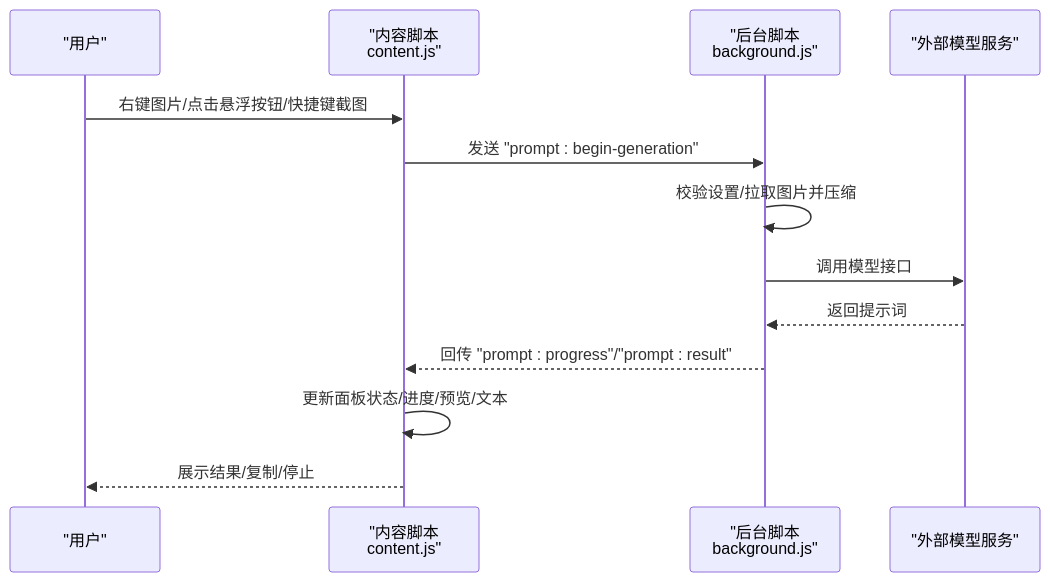
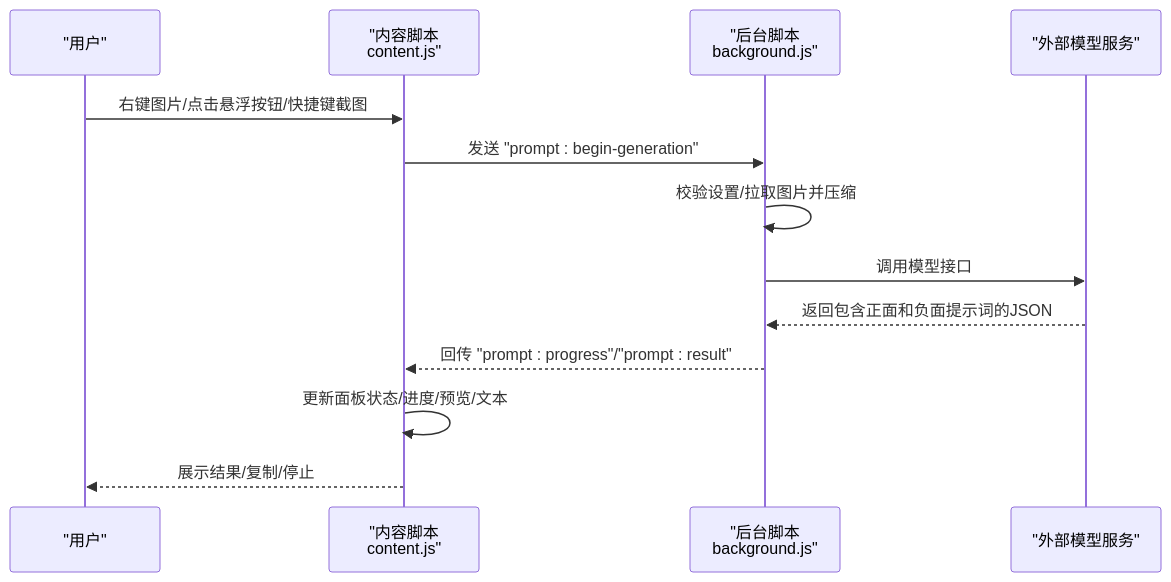
One commit to binasi/Img2Prompt changed the second of 6 diagrams in .qoder/repowiki/zh/content/技术架构/核心模块分析/内容脚本模块 (content.js).md. Above: the diagram before and after it, drawn with Mermaid. The commit also changed other lines of this file and 8 other files, not shown here.

````diff
--- a/.qoder/repowiki/zh/content/技术架构/核心模块分析/内容脚本模块 (content.js).md
+++ b/.qoder/repowiki/zh/content/技术架构/核心模块分析/内容脚本模块 (content.js).md
@@ -107,15 +120,15 @@
 ```mermaid
 sequenceDiagram
 participant User as "用户"
 participant CS as "内容脚本<br/>content.js"
 participant BG as "后台脚本<br/>background.js"
 participant API as "外部模型服务"
 User->>CS : 右键图片/点击悬浮按钮/快捷键截图
 CS->>BG : 发送 "prompt : begin-generation"
 BG->>BG : 校验设置/拉取图片并压缩
 BG->>API : 调用模型接口
-API-->>BG : 返回提示词
+API-->>BG : 返回包含正面和负面提示词的JSON
 BG-->>CS : 回传 "prompt : progress"/"prompt : result"
 CS->>CS : 更新面板状态/进度/预览/文本
 CS-->>User : 展示结果/复制/停止
 ```
````
